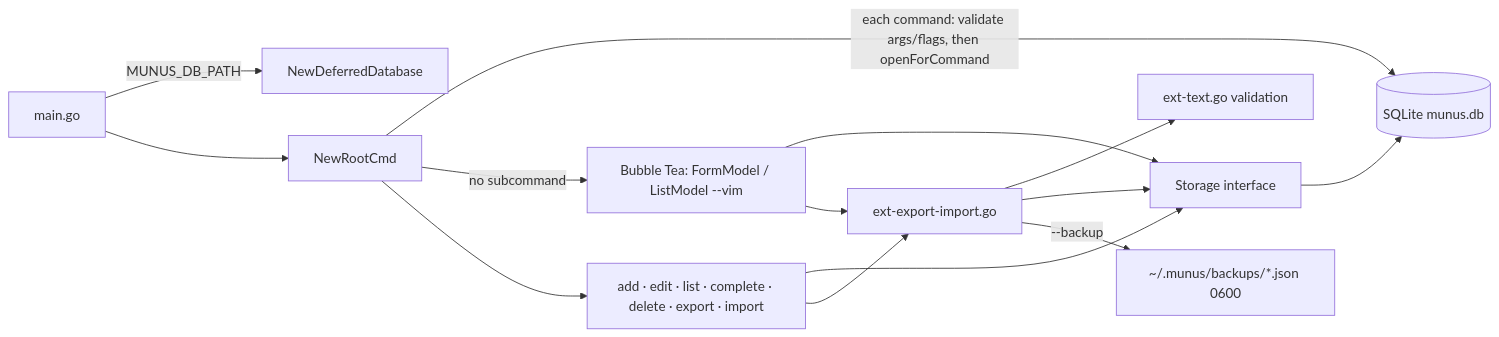
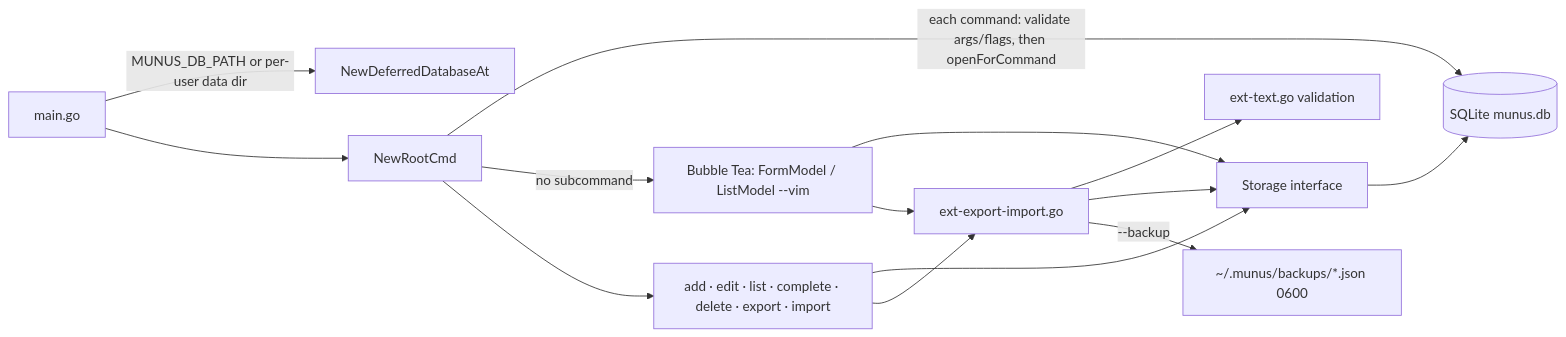
Before and after one commit to jabbott-iii/Munus: the first of 2 diagrams in intel/map.md, drawn with Mermaid. The commit also changed other lines of this file and 19 other files, not shown here.

````diff
--- a/intel/map.md
+++ b/intel/map.md
@@ -29,16 +29,16 @@
 ```mermaid
 flowchart LR
-  main[main.go] -->|MUNUS_DB_PATH| deferred[NewDeferredDatabase]
+  main[main.go] -->|MUNUS_DB_PATH or per-user data dir| deferred[NewDeferredDatabaseAt]
   main --> root[NewRootCmd]
   root -->|each command: validate args/flags, then openForCommand| db[(SQLite munus.db)]
   root -->|no subcommand| tui[Bubble Tea: FormModel / ListModel --vim]
   root --> cli[add · edit · list · complete · delete · export · import]
   tui --> storage[Storage interface]
   cli --> storage
   cli --> xfer[ext-export-import.go]
   tui --> xfer
   xfer --> text[ext-text.go validation]
   xfer --> storage
   xfer -->|--backup| bk[~/.munus/backups/*.json 0600]
   storage --> db
 ```
````
